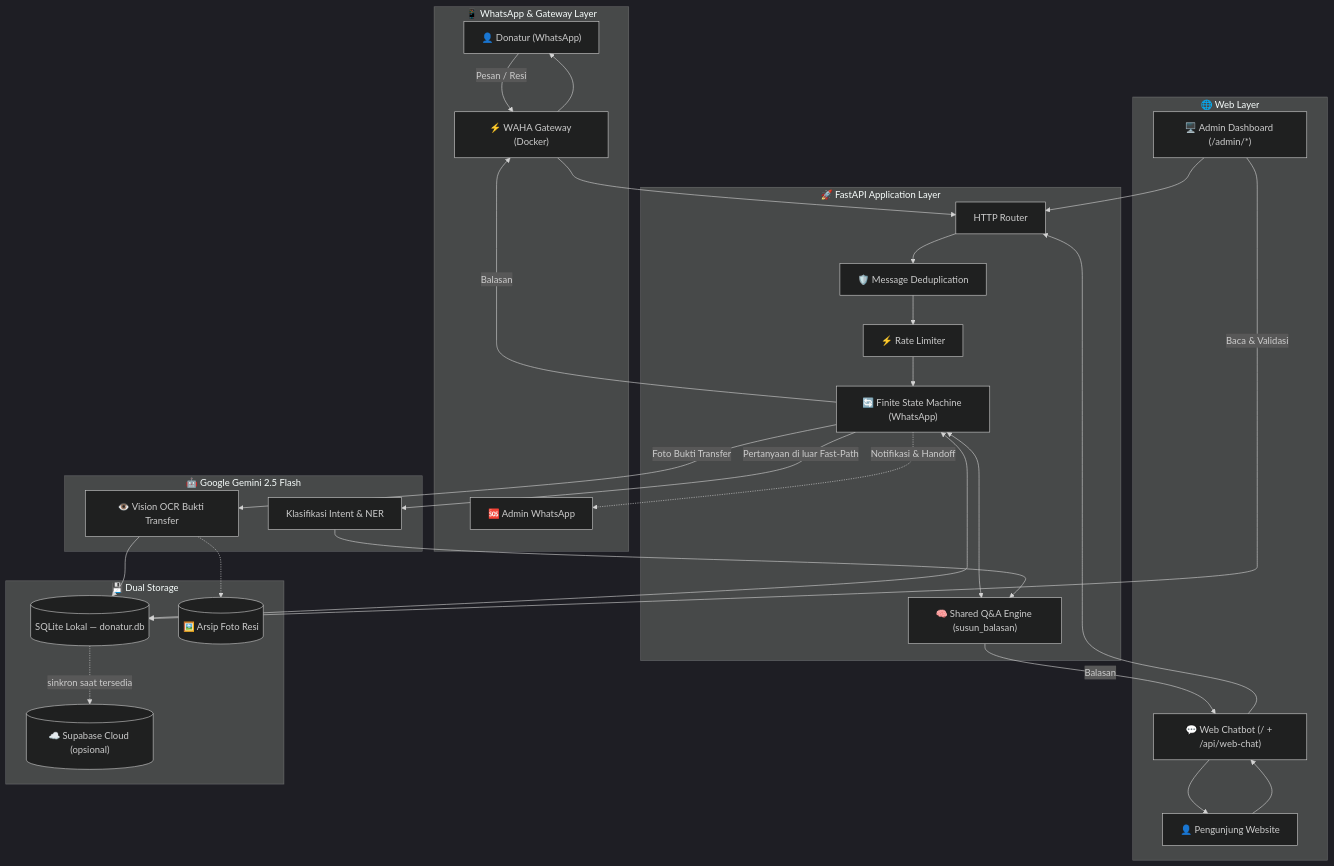
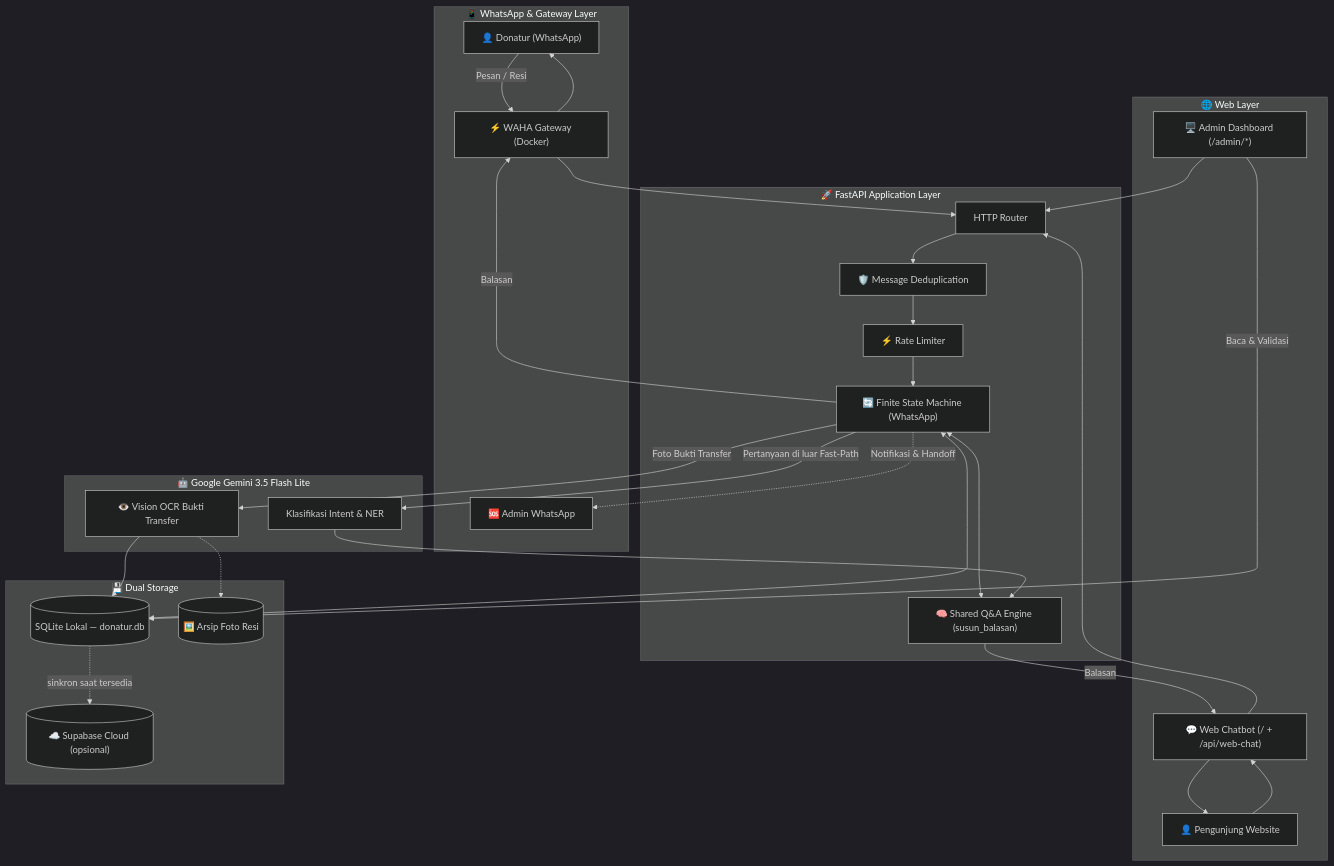
Before and after one commit to WafiJackson/Chatbot_Rumah_Amal: the diagram in README.md, drawn with Mermaid (dark theme). The commit also changed other lines of this file and 3 other files, not shown here.

````diff
--- a/README.md
+++ b/README.md
@@ -56,53 +56,53 @@
 ```mermaid
 flowchart TD
     subgraph WA_Layer ["📱 WhatsApp & Gateway Layer"]
         User["👤 Donatur (WhatsApp)"]
         WAHA["⚡ WAHA Gateway (Docker)"]
         AdminWA["🆘 Admin WhatsApp"]
     end
 
     subgraph Web_Layer ["🌐 Web Layer"]
         Visitor["👤 Pengunjung Website"]
         WebChat["💬 Web Chatbot (/ + /api/web-chat)"]
         AdminPanel["🖥️ Admin Dashboard (/admin/*)"]
     end
 
     subgraph App_Layer ["🚀 FastAPI Application Layer"]
         Router["HTTP Router"]
         Dedup["🛡️ Message Deduplication"]
         RateLimiter["⚡ Rate Limiter"]
         FSM["🔄 Finite State Machine (WhatsApp)"]
         QAEngine["🧠 Shared Q&A Engine (susun_balasan)"]
     end
 
-    subgraph AI_Layer ["🤖 Google Gemini 2.5 Flash"]
+    subgraph AI_Layer ["🤖 Google Gemini 3.5 Flash Lite"]
         Intent["Klasifikasi Intent & NER"]
         VisionOCR["👁️ Vision OCR Bukti Transfer"]
     end
 
     subgraph Data_Layer ["💾 Dual Storage"]
         SQLite[("SQLite Lokal — donatur.db")]
         Supabase[("☁️ Supabase Cloud (opsional)")]
         ResiFiles[("🖼️ Arsip Foto Resi")]
     end
 
     User -->|Pesan / Resi| WAHA --> Router
     Visitor --> WebChat --> Router
     AdminPanel --> Router
 
     Router --> Dedup --> RateLimiter --> FSM
     FSM <--> QAEngine
     FSM -->|Pertanyaan di luar Fast-Path| Intent
     FSM -->|Foto Bukti Transfer| VisionOCR
     Intent --> QAEngine
     VisionOCR --> SQLite
 
     FSM <--> SQLite
     SQLite -.->|sinkron saat tersedia| Supabase
     VisionOCR -.-> ResiFiles
 
     FSM -->|Balasan| WAHA --> User
     QAEngine -->|Balasan| WebChat --> Visitor
     AdminPanel -->|Baca & Validasi| SQLite
     FSM -.->|Notifikasi & Handoff| AdminWA
 ```
````
